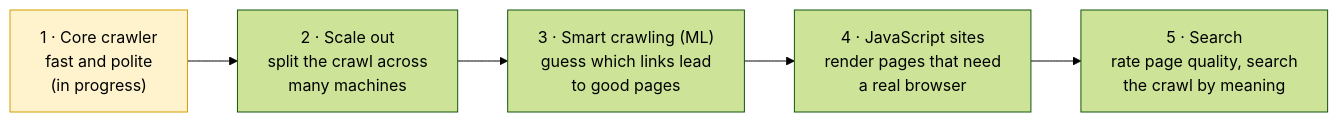
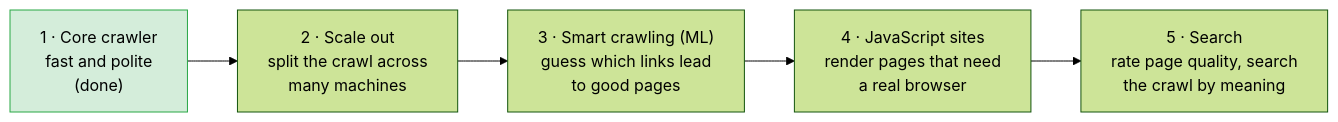
Before and after one commit to Armaan-king/McCrawl: the third of 4 diagrams in README.md, drawn with Mermaid (forest theme). The commit also changed other lines of this file and 3 other files, not shown here.

````diff
--- a/README.md
+++ b/README.md
@@ -102,11 +178,11 @@
 ```mermaid
 flowchart LR
-    SP1["1 · Core crawler<br/>fast and polite<br/>(in progress)"]:::wip
+    SP1["1 · Core crawler<br/>fast and polite<br/>(done)"]:::done
     SP2["2 · Scale out<br/>split the crawl across<br/>many machines"]
     SP3["3 · Smart crawling (ML)<br/>guess which links lead<br/>to good pages"]
     SP4["4 · JavaScript sites<br/>render pages that need<br/>a real browser"]
     SP5["5 · Search<br/>rate page quality, search<br/>the crawl by meaning"]
     SP1 --> SP2 --> SP3 --> SP4 --> SP5
 
-    classDef wip fill:#fff3cd,stroke:#d39e00,color:#000
+    classDef done fill:#d4edda,stroke:#28a745,color:#000
 ```
````
